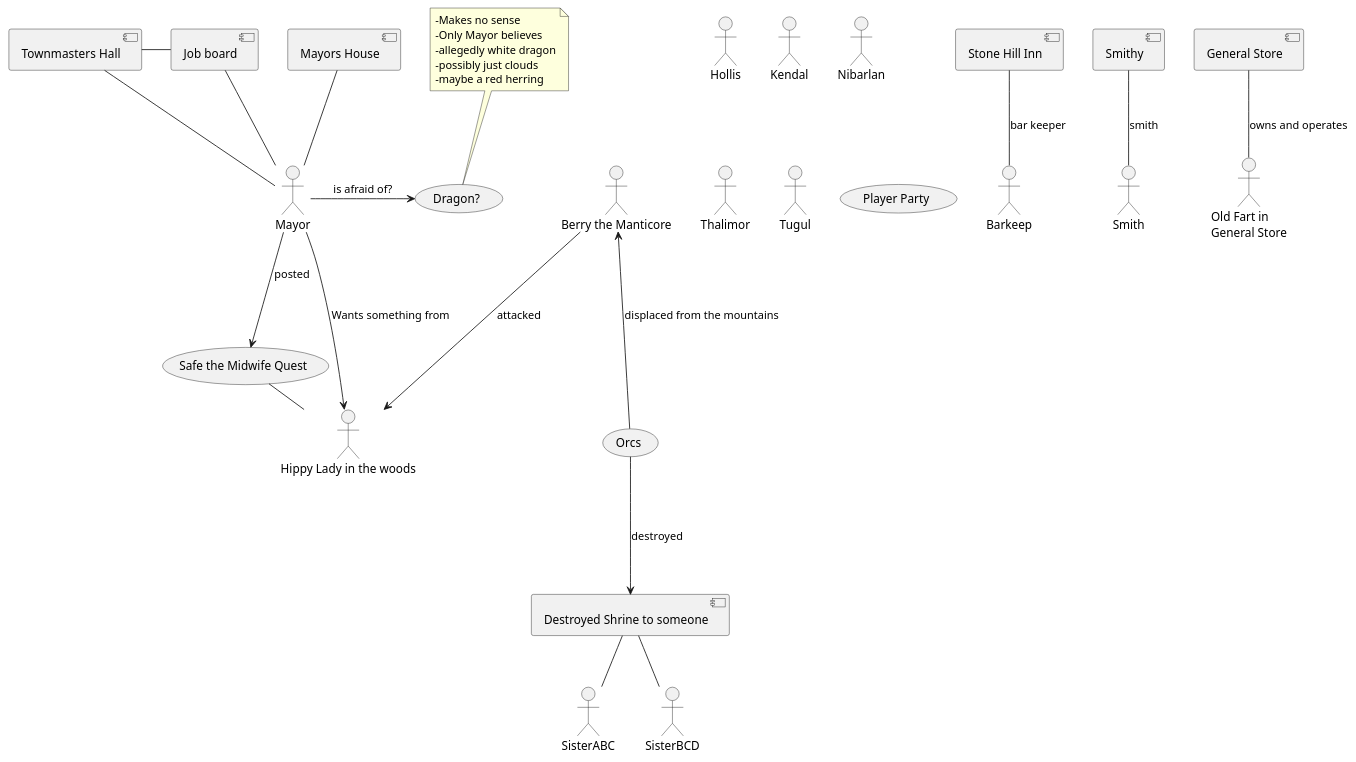
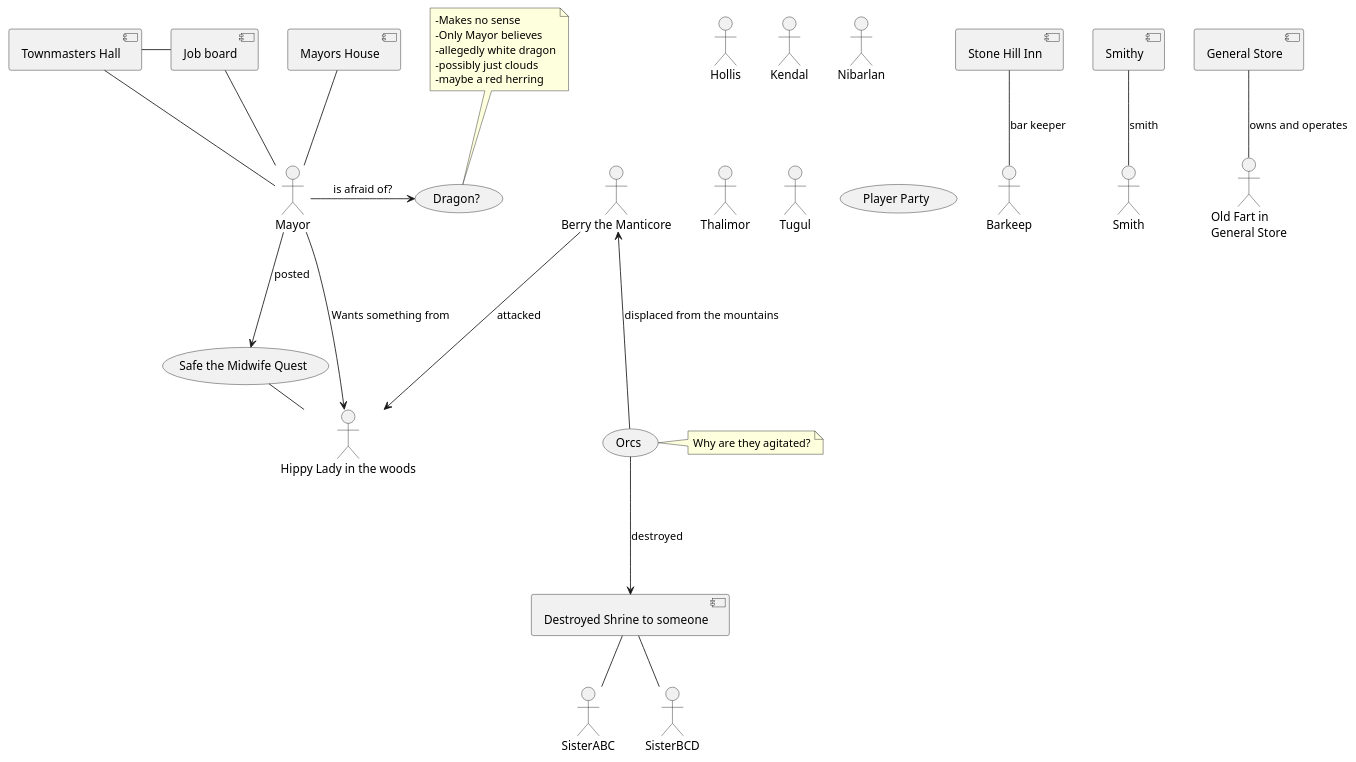
One commit to Ignavum/DOIPNotes changed the diagram in Diagrams/ConspiracyGraph.wsd. Above: the diagram before and after it, drawn with PlantUML.

Commit message:
add note to orcs

```diff
--- a/Diagrams/ConspiracyGraph.wsd
+++ b/Diagrams/ConspiracyGraph.wsd
@@ -1,66 +1,70 @@
 @startuml Conspiracy Graph
 
 'Actors here:
 
 actor Hollis
 actor Kendal
 actor Nibarlan
 actor Thalimor
 actor Tugul
 
 actor Barkeep
 actor Smith
 actor SisterABC
 actor SisterBCD
 actor "Old Fart in\nGeneral Store" as generalStoreGuy
 actor Mayor
 actor "Berry the Manticore" as manticorBerry
 actor "Hippy Lady in the woods" as potionSeller
 
 'Locations here
 
 [Stone Hill Inn] as stoneHillInn
 [Townmasters Hall] as townHall
 [Job board] as jobBoard
 [Smithy]
 [Destroyed Shrine to someone] as shrine 
 [General Store] as generalStore
 [Mayors House] as mayorsHouse
 
 'General Concepts?
 
 (Orcs)
 (Player Party) as party
 (Safe the Midwife Quest) as quest1
 (Dragon?) as dragon
 
 'Relations here
     
 stoneHillInn -- Barkeep : bar keeper
 Smithy -- Smith : smith
 shrine -- SisterABC
 shrine -- SisterBCD
 generalStore -- generalStoreGuy : owns and operates
 townHall -- Mayor
 mayorsHouse -- Mayor
 townHall - jobBoard
 jobBoard -- Mayor
 manticorBerry <--- Orcs : displaced from the mountains
 Orcs ---> shrine : destroyed
 Mayor --> quest1 : posted
 quest1 - potionSeller
 manticorBerry ---> potionSeller : attacked
 Mayor ---> potionSeller : Wants something from
 dragon <- Mayor : is afraid of?
 
 
 'Notes
 note top of dragon
     -Makes no sense
     -Only Mayor believes
     -allegedly white dragon
     -possibly just clouds
     -maybe a red herring
 end note
 
+note right of Orcs
+    Why are they agitated?
+end note
+
 @enduml
```
